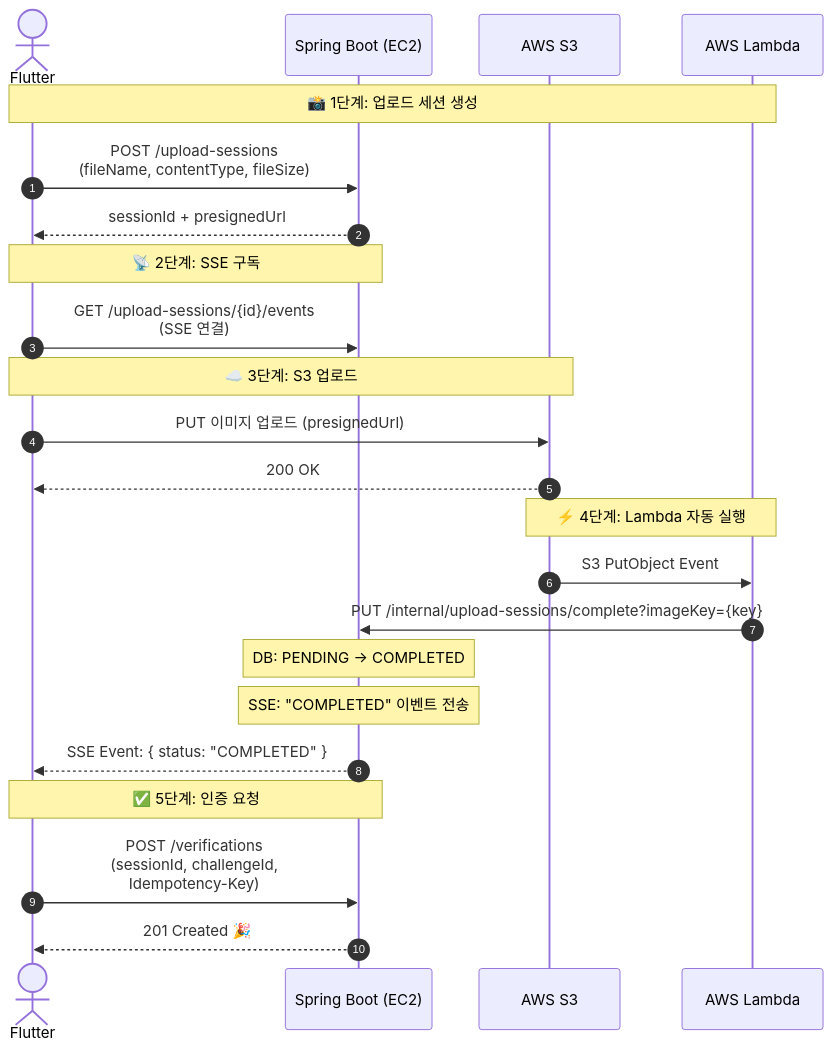
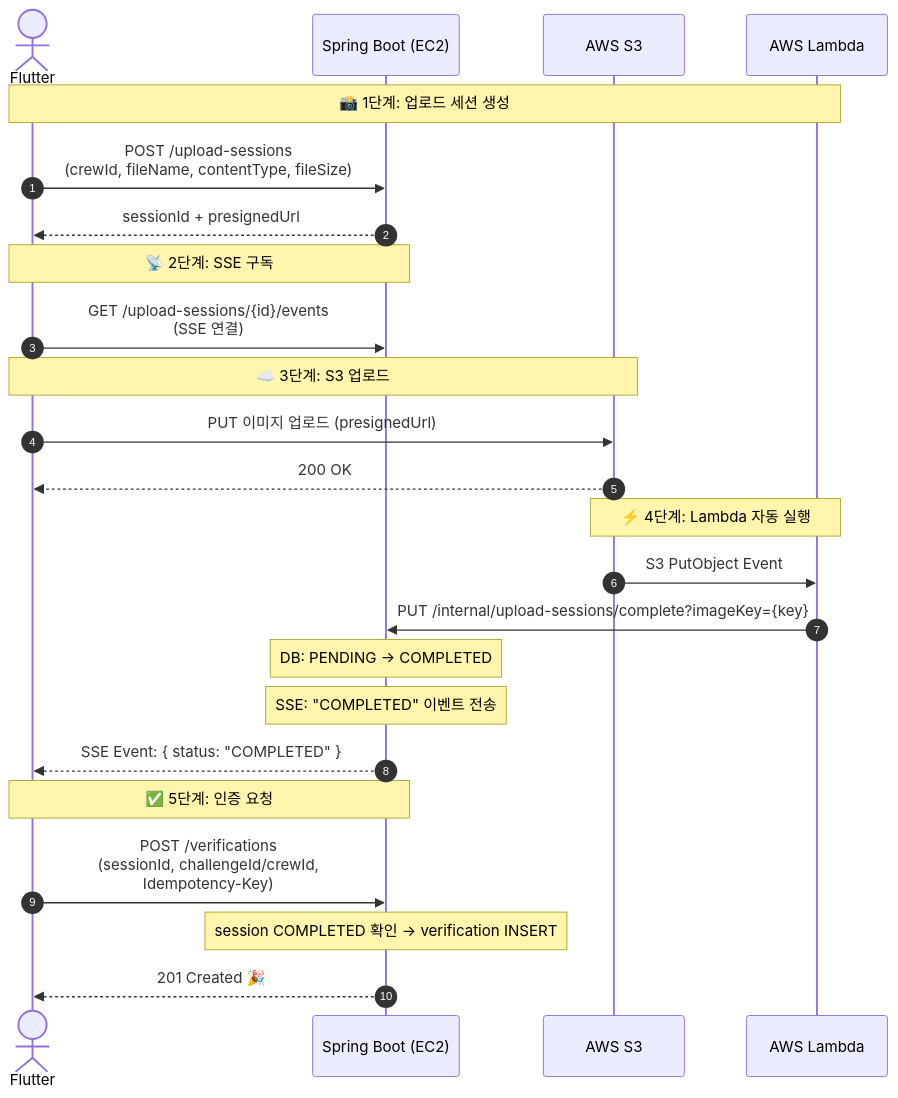
One commit to JianYang98/TriAgain changed the diagram in docs/spec/photo-upload-lambda-sse.md. Above: the diagram before and after it, drawn with Mermaid. The commit also changed other lines of this file and 23 other files, not shown here.

First line of the commit message:
refactor: upload_session USED 상태 제거 + crewId 기반 검증 강화

````diff
--- a/docs/spec/photo-upload-lambda-sse.md
+++ b/docs/spec/photo-upload-lambda-sse.md
@@ -23,37 +23,38 @@
 ```mermaid
 sequenceDiagram
     autonumber
     actor Client as Flutter
     participant Server as Spring Boot (EC2)
     participant S3 as AWS S3
     participant Lambda as AWS Lambda
     
     Note over Client,Lambda: 📸 1단계: 업로드 세션 생성
     
-    Client->>Server: POST /upload-sessions<br/>(fileName, contentType, fileSize)
+    Client->>Server: POST /upload-sessions<br/>(crewId, fileName, contentType, fileSize)
     Server-->>Client: sessionId + presignedUrl
     
     Note over Client,Server: 📡 2단계: SSE 구독
     
     Client->>Server: GET /upload-sessions/{id}/events<br/>(SSE 연결)
     
     Note over Client,S3: ☁️ 3단계: S3 업로드
     
     Client->>S3: PUT 이미지 업로드 (presignedUrl)
     S3-->>Client: 200 OK
     
     Note over S3,Lambda: ⚡ 4단계: Lambda 자동 실행
     
     S3->>Lambda: S3 PutObject Event
     Lambda->>Server: PUT /internal/upload-sessions/complete?imageKey={key}
     
     Note over Server: DB: PENDING → COMPLETED
     Note over Server: SSE: "COMPLETED" 이벤트 전송
     
     Server-->>Client: SSE Event: { status: "COMPLETED" }
     
     Note over Client,Server: ✅ 5단계: 인증 요청
-    
-    Client->>Server: POST /verifications<br/>(sessionId, challengeId,<br/>Idempotency-Key)
+
+    Client->>Server: POST /verifications<br/>(sessionId, challengeId/crewId,<br/>Idempotency-Key)
+    Note over Server: session COMPLETED 확인 → verification INSERT
     Server-->>Client: 201 Created 🎉
 ```
````
